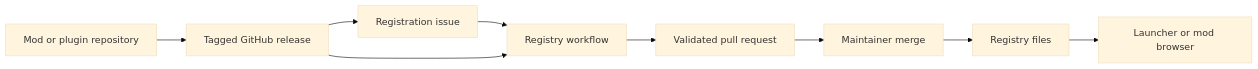
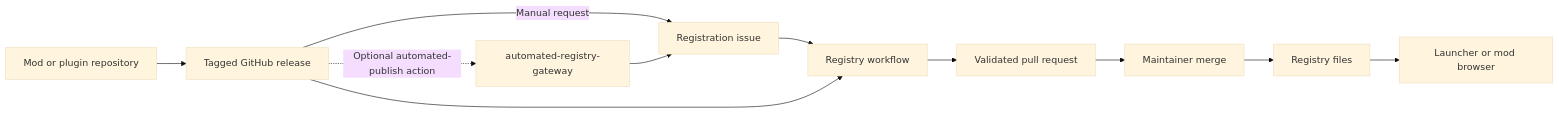
One commit to Chiv2-Community/zero-infra-mod-registry changed the diagram in README.md. Above: the diagram before and after it, drawn with Mermaid (base theme). The commit also changed other lines of this file and 29 other files, not shown here.

Commit message:
Add optional OIDC gateway and automated publish action

````diff
--- a/README.md
+++ b/README.md
@@ -10,11 +10,13 @@
 ```mermaid
 flowchart LR
     Publisher[Mod or plugin repository] --> Release[Tagged GitHub release]
-    Release --> Request[Registration issue]
+    Release -->|Manual request| Request[Registration issue]
+    Release -. Optional automated-publish action .-> Gateway[automated-registry-gateway]
+    Gateway --> Request
     Request --> Action[Registry workflow]
     Release --> Action
     Action --> PR[Validated pull request]
     PR --> Approval[Maintainer merge]
     Approval --> Registry[Registry files]
     Registry --> Client[Launcher or mod browser]
 ```
````
